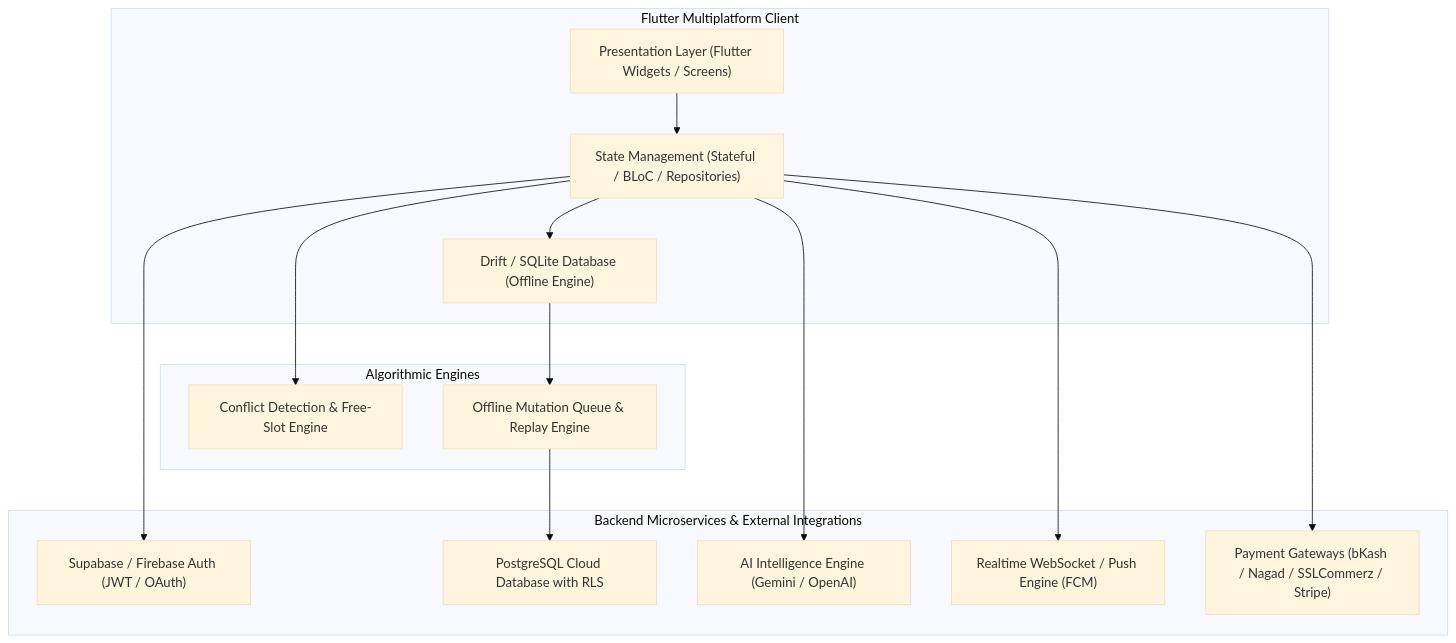
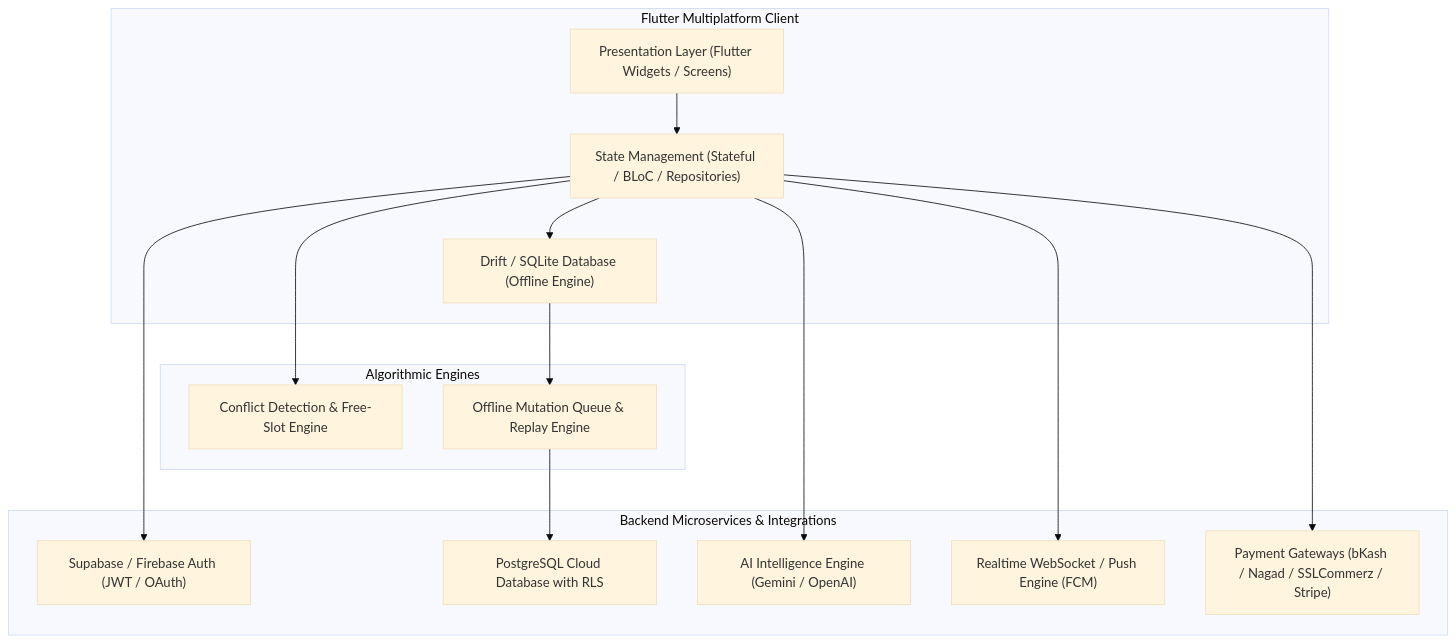
One commit to Ti838/RoutineFlow-App changed the diagram in SRS.md. Above: the diagram before and after it, drawn with Mermaid (base theme). The commit also changed 15 other files, not shown here.

Commit message:
feat: complete Google Stitch design system, dynamic Riverpod providers, multi-device adaptivity & diagram fixes

````diff
--- a/SRS.md
+++ b/SRS.md
@@ -20,31 +20,31 @@
 ```mermaid
-graph TB
-    subgraph Client Application [Flutter Multiplatform Client]
+flowchart TB
+    subgraph ClientApplication["Flutter Multiplatform Client"]
         View["Presentation Layer (Flutter Widgets / Screens)"]
         State["State Management (Stateful / BLoC / Repositories)"]
         DBLocal["Drift / SQLite Database (Offline Engine)"]
     end
 
-    subgraph Core Engines [Algorithmic Engines]
+    subgraph CoreEngines["Algorithmic Engines"]
         ConflictEng["Conflict Detection & Free-Slot Engine"]
         SyncEng["Offline Mutation Queue & Replay Engine"]
     end
 
-    subgraph Backend Microservices & External Integrations
+    subgraph BackendServices["Backend Microservices & Integrations"]
         AuthServ["Supabase / Firebase Auth (JWT / OAuth)"]
         DBServ["PostgreSQL Cloud Database with RLS"]
         AIEng["AI Intelligence Engine (Gemini / OpenAI)"]
         ChatEngine["Realtime WebSocket / Push Engine (FCM)"]
         PaymentEng["Payment Gateways (bKash / Nagad / SSLCommerz / Stripe)"]
     end
 
     View --> State
     State --> DBLocal
     State --> ConflictEng
     DBLocal --> SyncEng
     SyncEng --> DBServ
     State --> AuthServ
     State --> AIEng
     State --> ChatEngine
     State --> PaymentEng
 ```
````
